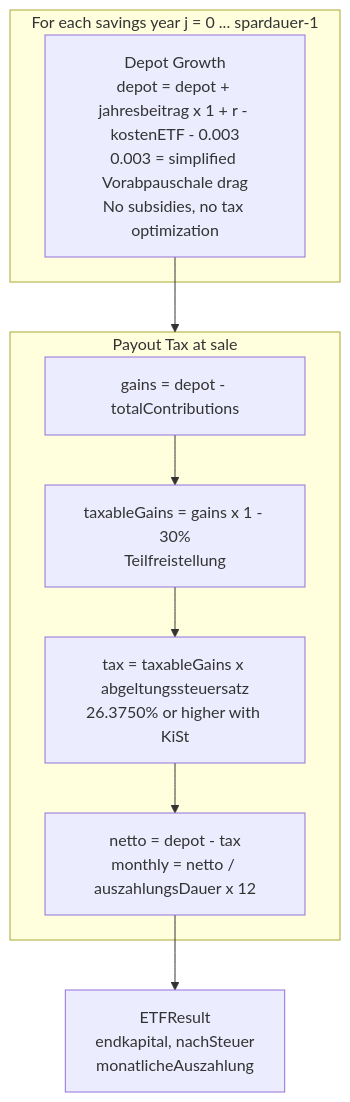
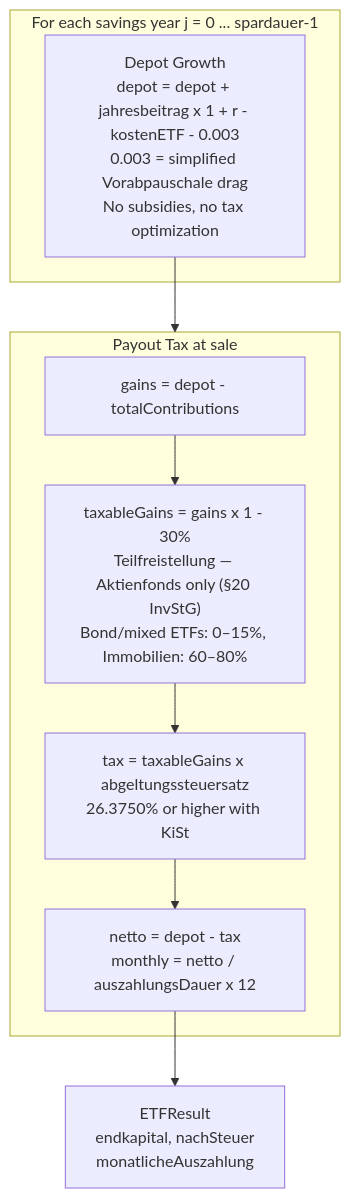
The third of 4 diagrams in docs/CALCULATION_MAP.md (chraig/de_altersvorsorge_depot), drawn with Mermaid before and after one commit. The commit also changed 6 other files, not shown here.

````diff
--- a/docs/CALCULATION_MAP.md
+++ b/docs/CALCULATION_MAP.md
@@ -79,15 +79,15 @@
 ```mermaid
 flowchart TD
     subgraph LOOP["For each savings year j = 0 ... spardauer-1"]
         GROW["Depot Growth<br/>depot = depot + jahresbeitrag x 1 + r - kostenETF - 0.003<br/>0.003 = simplified Vorabpauschale drag<br/>No subsidies, no tax optimization"]
     end
     GROW --> PTAX
     subgraph PTAX["Payout Tax at sale"]
         GAINS["gains = depot - totalContributions"]
-        TEIL["taxableGains = gains x 1 - 30%<br/>Teilfreistellung"]
+        TEIL["taxableGains = gains x 1 - 30%<br/>Teilfreistellung — Aktienfonds only (§20 InvStG)<br/>Bond/mixed ETFs: 0–15%, Immobilien: 60–80%"]
         ABGST["tax = taxableGains x abgeltungssteuersatz<br/>26.3750% or higher with KiSt"]
         NET["netto = depot - tax<br/>monthly = netto / auszahlungsDauer x 12"]
         GAINS --> TEIL --> ABGST --> NET
     end
     NET --> RES[ETFResult<br/>endkapital, nachSteuer<br/>monatlicheAuszahlung]
 ```
````
